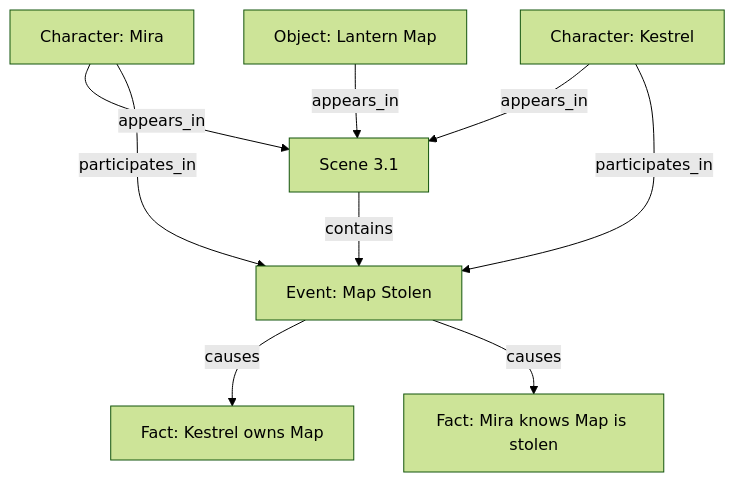
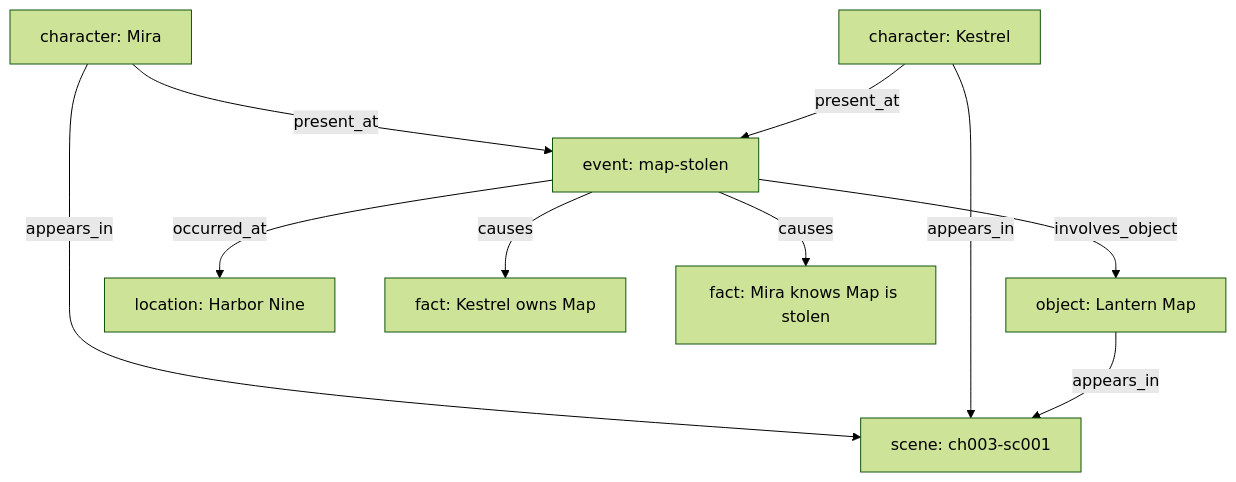
The fourth of 4 diagrams in goals/08-graph-projection.md (FrankQDWang/sextantlabs), drawn with Mermaid (forest theme) before and after one commit. The commit also changed other lines of this file and 16 other files, not shown here.

````diff
--- a/goals/08-graph-projection.md
+++ b/goals/08-graph-projection.md
@@ -96,11 +137,12 @@
 ```mermaid
 flowchart TD
-    Mira[Character: Mira] -->|appears_in| S1[Scene 3.1]
-    Kestrel[Character: Kestrel] -->|appears_in| S1
-    Map[Object: Lantern Map] -->|appears_in| S1
-    S1 -->|contains| Event[Event: Map Stolen]
-    Mira -->|participates_in| Event
-    Kestrel -->|participates_in| Event
-    Event -->|causes| F1[Fact: Kestrel owns Map]
-    Event -->|causes| F2[Fact: Mira knows Map is stolen]
+    Mira[character: Mira] -->|appears_in| S1[scene: ch003-sc001]
+    Kestrel[character: Kestrel] -->|appears_in| S1
+    Map[object: Lantern Map] -->|appears_in| S1
+    Event[event: map-stolen] -->|occurred_at| Harbor[location: Harbor Nine]
+    Mira -->|present_at| Event
+    Kestrel -->|present_at| Event
+    Event -->|involves_object| Map
+    Event -->|causes| F1[fact: Kestrel owns Map]
+    Event -->|causes| F2[fact: Mira knows Map is stolen]
 ```
````
